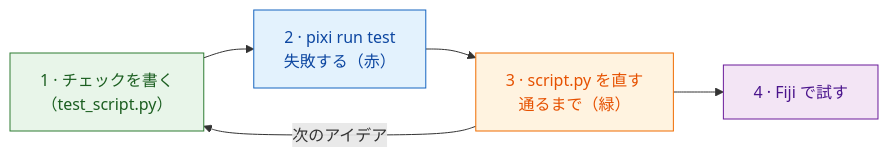
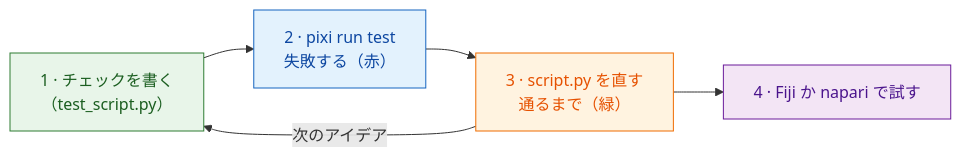
Before and after one commit to Oxford-Zeiss-Centre-of-Excellence/Wavu: the diagram in guide/write/test-without-fiji.ja.md, drawn with Mermaid. The commit also changed other lines of this file and 70 other files, not shown here.

````diff
--- a/guide/write/test-without-fiji.ja.md
+++ b/guide/write/test-without-fiji.ja.md
@@ -18,14 +19,14 @@
 ```mermaid
 flowchart LR
     T["1 · チェックを書く<br/>（test_script.py）"]:::worker
     R["2 · pixi run test<br/>失敗する（赤）"]:::fiji
     S["3 · script.py を直す<br/>通るまで（緑）"]:::script
-    F["4 · Fiji で試す"]:::env
+    F["4 · Fiji か napari で試す"]:::env
     T --> R --> S --> F
     S -- "次のアイデア" --> T
 
     classDef fiji   fill:#e3f2fd,stroke:#1565c0,color:#0d47a1
     classDef worker fill:#e8f5e9,stroke:#2e7d32,color:#1b5e20
     classDef script fill:#fff3e0,stroke:#ef6c00,color:#e65100
     classDef env    fill:#f3e5f5,stroke:#6a1b9a,color:#4a148c
 ```
````
